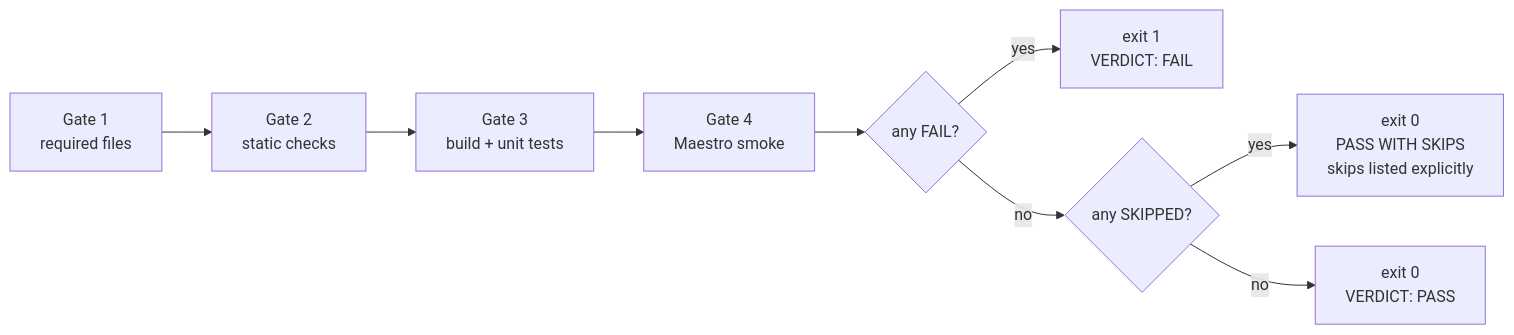
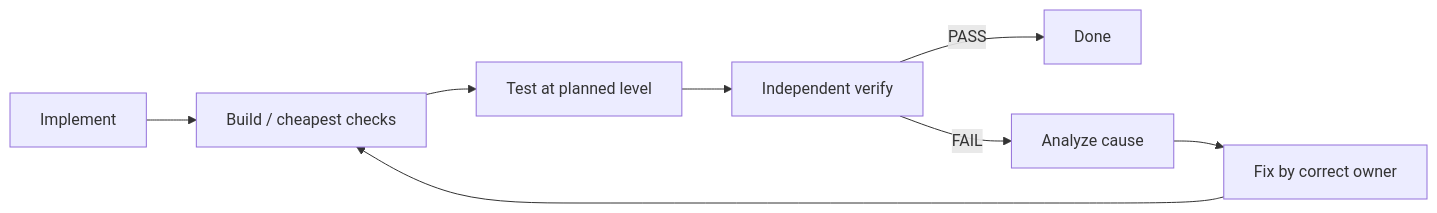
The fourth of 4 diagrams in docs/architecture.md (si13n/si13-android), drawn with Mermaid before and after one commit. The commit also changed other lines of this file and 8 other files, not shown here.

Commit message:
Align harness docs and gates with five-role architecture

````diff
--- a/docs/architecture.md
+++ b/docs/architecture.md
@@ -102,11 +102,10 @@
 ```mermaid
 flowchart LR
-    A[Gate 1<br/>required files] --> B[Gate 2<br/>static checks]
-    B --> C[Gate 3<br/>build + unit tests]
-    C --> D[Gate 4<br/>Maestro smoke]
-    D --> E{any FAIL?}
-    E -->|yes| F[exit 1<br/>VERDICT: FAIL]
-    E -->|no| G{any SKIPPED?}
-    G -->|yes| H[exit 0<br/>PASS WITH SKIPS<br/>skips listed explicitly]
-    G -->|no| I[exit 0<br/>VERDICT: PASS]
+    I[Implement] --> B[Build / cheapest checks]
+    B --> T[Test at planned level]
+    T --> V[Independent verify]
+    V -->|PASS| D[Done]
+    V -->|FAIL| A[Analyze cause]
+    A --> F[Fix by correct owner]
+    F --> B
 ```
````
